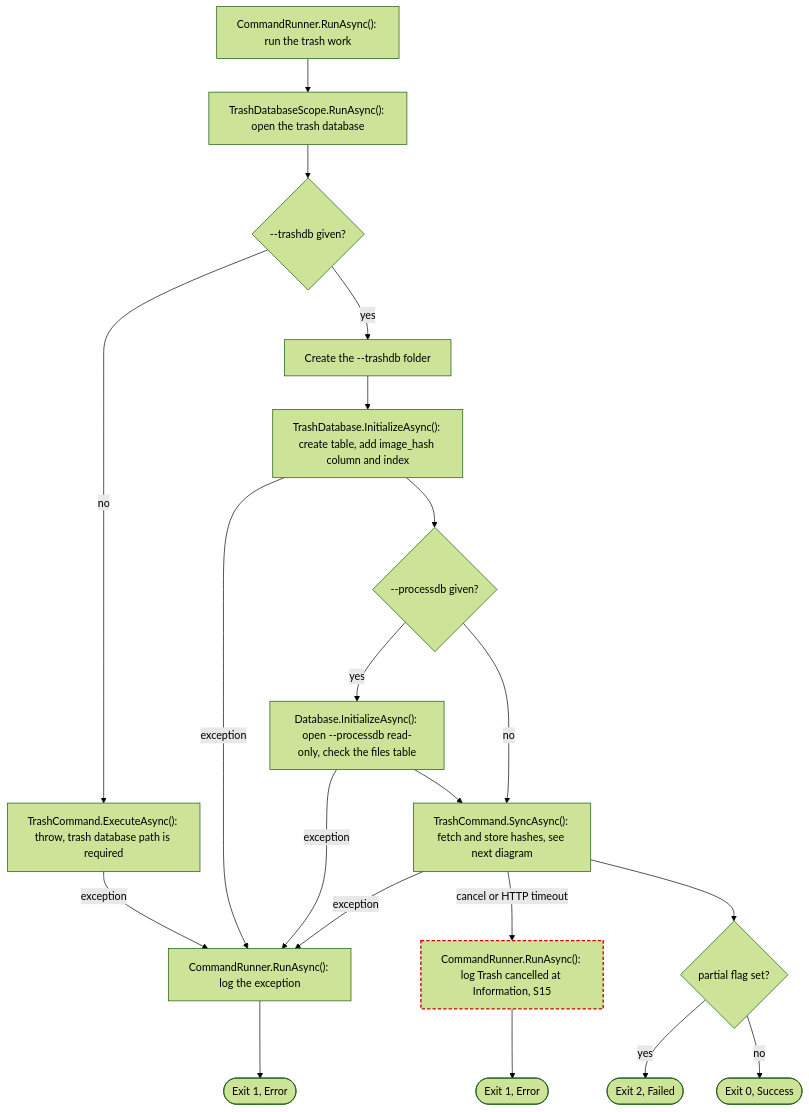
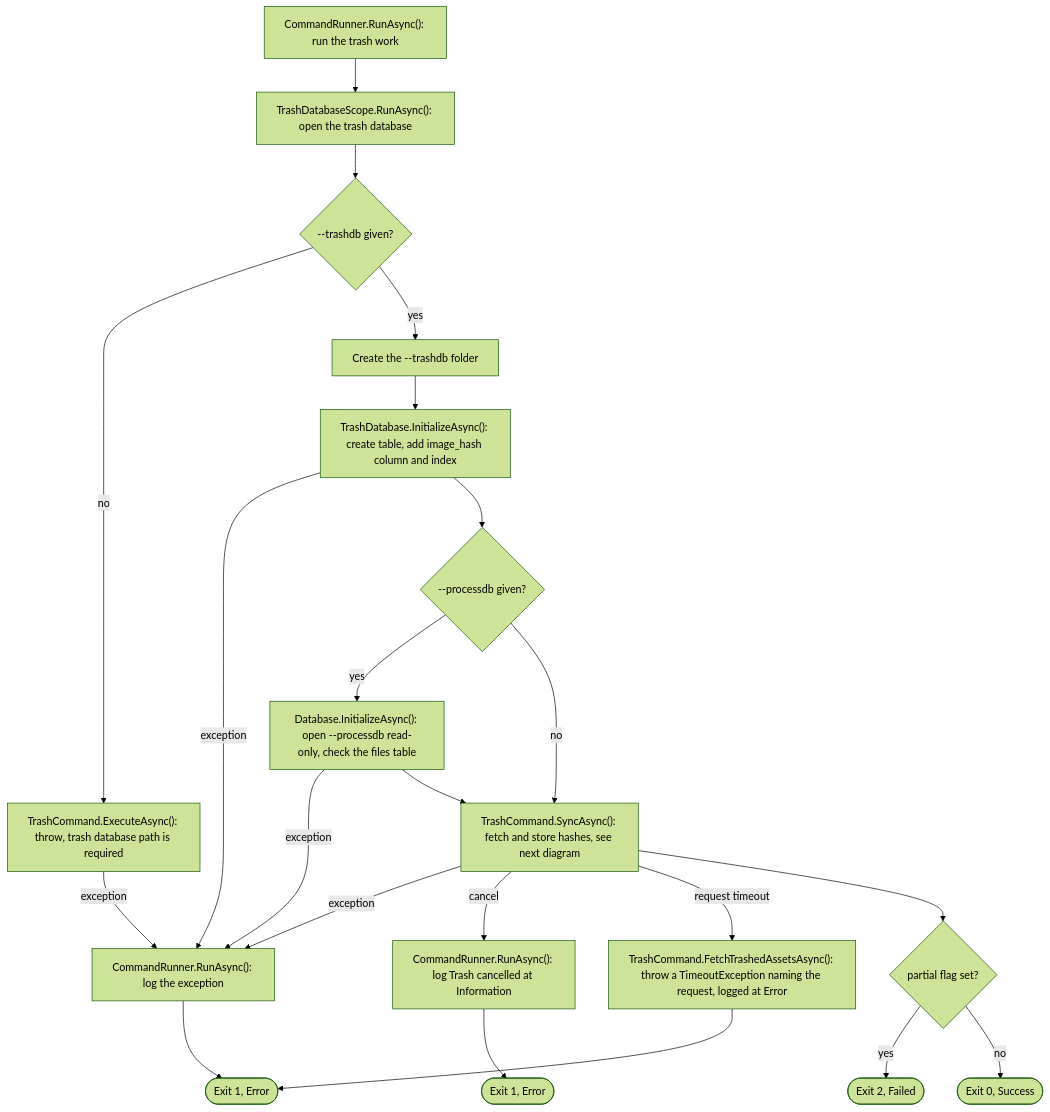
One commit to ptr727/PhotoCleaner changed diagram 16 of 23 in ARCHITECTURE.md. Above: the diagram before and after it, drawn with Mermaid (forest theme). The commit also changed other lines of this file and 2 other files, not shown here.

Commit message:
Log a Trash Request Timeout as an Error Naming the Request

````diff
--- a/ARCHITECTURE.md
+++ b/ARCHITECTURE.md
@@ -884,23 +884,25 @@
 ```mermaid
 flowchart TD
   T1["CommandRunner.RunAsync(): run the trash work"] --> T2["TrashDatabaseScope.RunAsync(): open the trash database"]
   T2 --> T3{"--trashdb given?"}
   T3 -->|"no"| T4["TrashCommand.ExecuteAsync(): throw, trash database path is required"]
   T4 -->|"exception"| TE
   T3 -->|"yes"| T3a["Create the --trashdb folder"]
   T3a --> T5["TrashDatabase.InitializeAsync(): create table, add image_hash column and index"]
   T5 -->|"exception"| TE
   T5 --> T6{"--processdb given?"}
   T6 -->|"yes"| T7["Database.InitializeAsync(): open --processdb read-only, check the files table"]
   T7 -->|"exception"| TE
   T7 --> T8["TrashCommand.SyncAsync(): fetch and store hashes, see next diagram"]
   T6 -->|"no"| T8
   T8 -->|"exception"| TE
-  T8 -->|"cancel or HTTP timeout"| T9["CommandRunner.RunAsync(): log Trash cancelled at Information, S15"]:::suspect
+  T8 -->|"cancel"| T9["CommandRunner.RunAsync(): log Trash cancelled at Information"]
+  T8 -->|"request timeout"| TT["TrashCommand.FetchTrashedAssetsAsync(): throw a TimeoutException naming the request, logged at Error"]
+  TT --> T14
   T9 --> T10(["Exit 1, Error"])
   T8 --> T11{"partial flag set?"}
   T11 -->|"yes"| T12(["Exit 2, Failed"])
   T11 -->|"no"| T13(["Exit 0, Success"])
   TE["CommandRunner.RunAsync(): log the exception"] --> T14(["Exit 1, Error"])
   classDef suspect stroke:#c00,stroke-width:2px,stroke-dasharray:5 3
 ```
````
